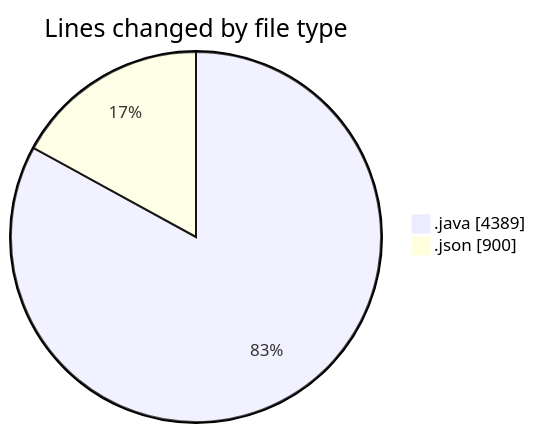
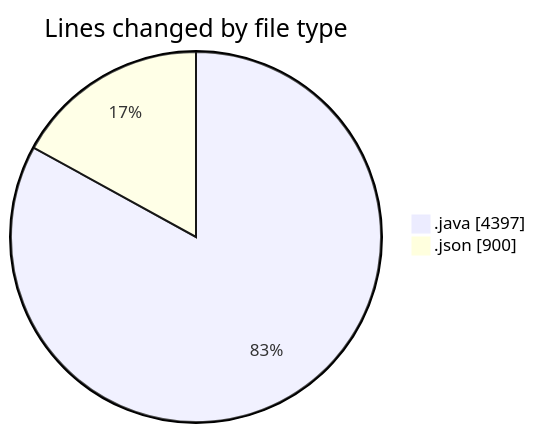
Before and after one commit to ricardozamudiocil/code-tracking: the first of 2 diagrams in 2026-04-16/cilapp/README.md, drawn with Mermaid. The commit also changed other lines of this file and 1 other file, not shown here.

````diff
--- a/2026-04-16/cilapp/README.md
+++ b/2026-04-16/cilapp/README.md
@@ -31,6 +31,6 @@
 ```mermaid
 pie showData
 title Lines changed by file type
-".java" : 4389
+".java" : 4397
 ".json" : 900
 ```
````
